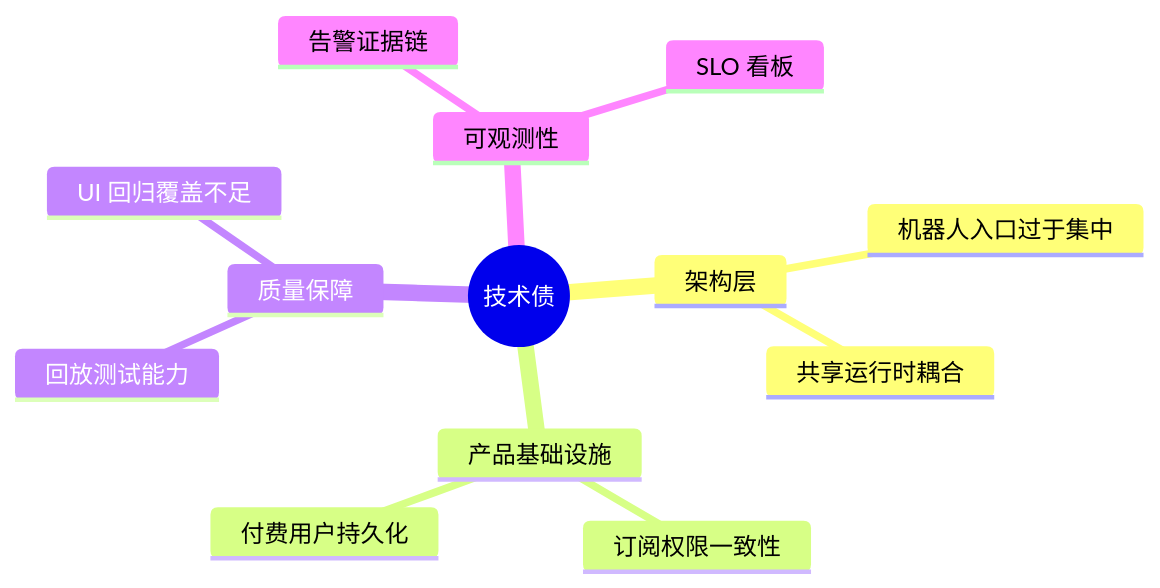
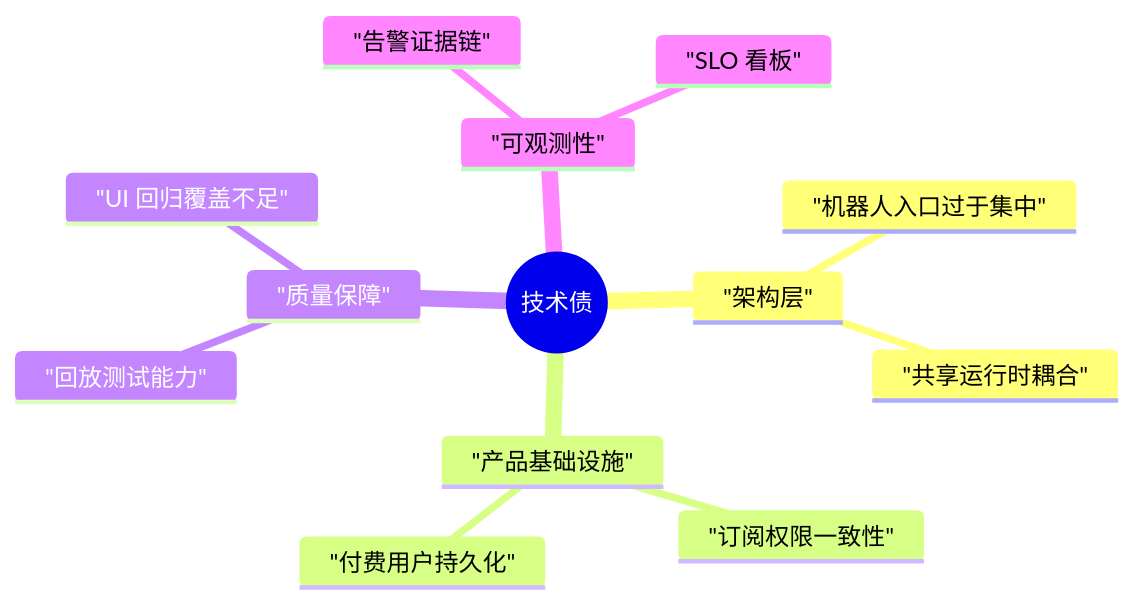
The diagram in docs/TECH_DEBT_ZH.md (ivanmladek/PolyWeather), drawn with Mermaid before and after one commit. The commit also changed 4 other files, not shown here.

Commit message:
docs: Introduce commercialization and technical debt documentation in English and Chinese, and update README diagram formatting.

````diff
--- a/docs/TECH_DEBT_ZH.md
+++ b/docs/TECH_DEBT_ZH.md
@@ -9,16 +9,16 @@
 ```mermaid
 mindmap
   root((技术债))
-    架构层
-      机器人入口过于集中
-      共享运行时耦合
-    产品基础设施
-      订阅权限一致性
-      付费用户持久化
-    质量保障
-      回放测试能力
-      UI 回归覆盖不足
-    可观测性
-      告警证据链
-      SLO 看板
+    "架构层"
+      "机器人入口过于集中"
+      "共享运行时耦合"
+    "产品基础设施"
+      "订阅权限一致性"
+      "付费用户持久化"
+    "质量保障"
+      "回放测试能力"
+      "UI 回归覆盖不足"
+    "可观测性"
+      "告警证据链"
+      "SLO 看板"
 ```
````
